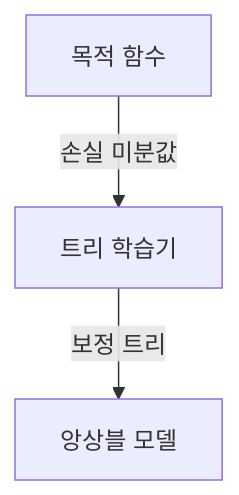
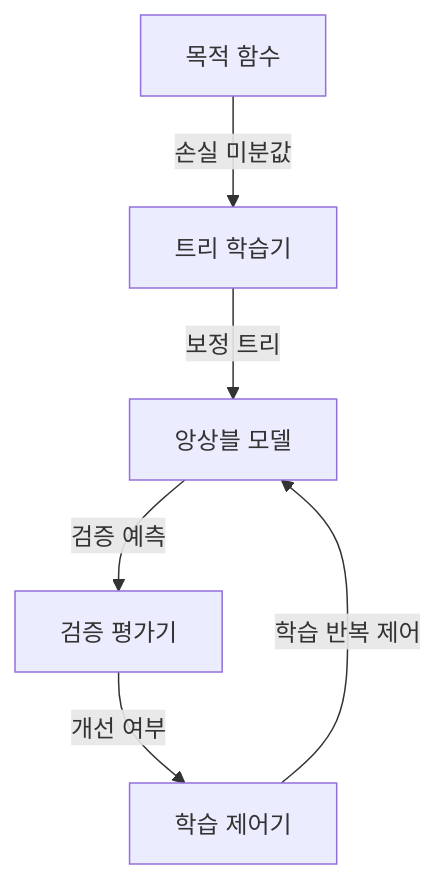
Before and after one commit to agnusdei1207/knowledge-base: the first of 2 diagrams in src/content/docs/notes/01-basic-theory/053_xgboost_lightgbm.md, drawn with Mermaid. The commit also changed other lines of this file and 19 other files, not shown here.

````diff
--- a/src/content/docs/notes/01-basic-theory/053_xgboost_lightgbm.md
+++ b/src/content/docs/notes/01-basic-theory/053_xgboost_lightgbm.md
@@ -59,8 +62,13 @@
 ```mermaid
 flowchart TB
     O[목적 함수]
     T[트리 학습기]
     M[앙상블 모델]
+    C[학습 제어기]
+    V[검증 평가기]
     O -->|손실 미분값| T
     T -->|보정 트리| M
+    C -->|학습 반복 제어| M
+    M -->|검증 예측| V
+    V -->|개선 여부| C
 ```
````
